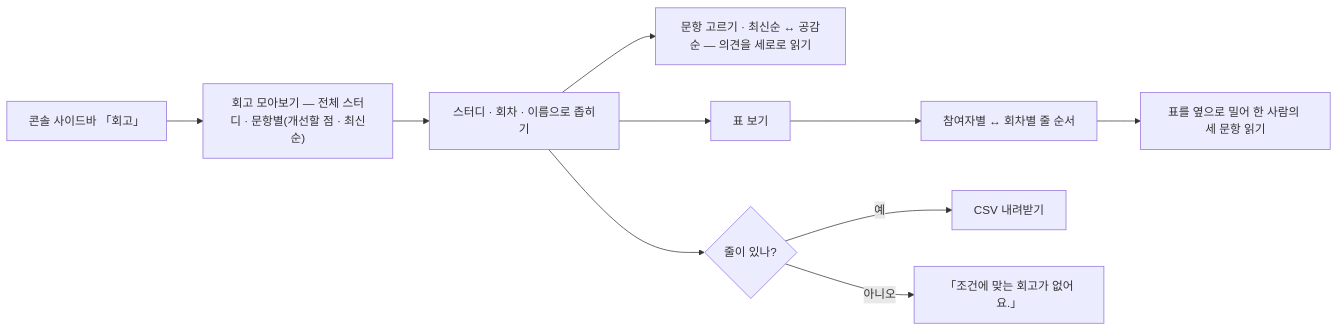
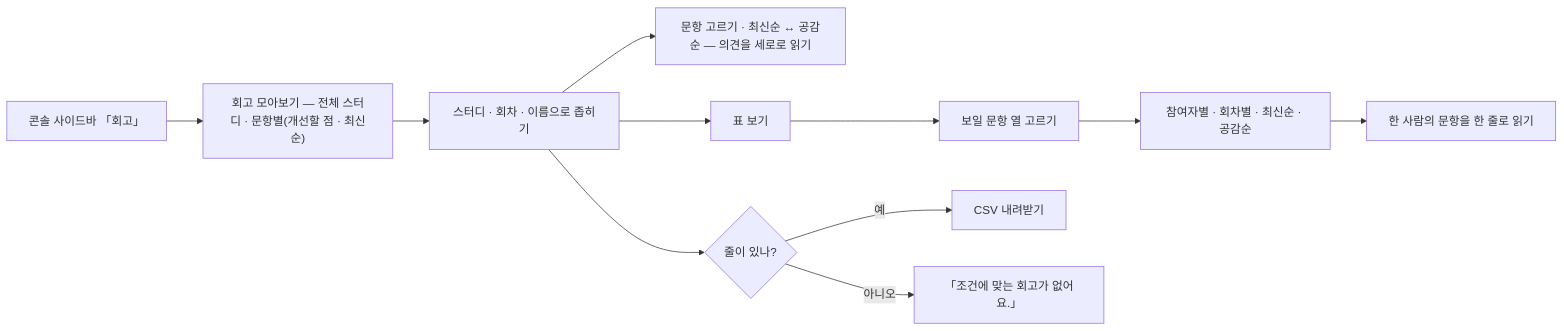
The diagram in 01-planning/stories/captain-collect-meeting-retros/PRD.md (StudyClub-PlusPlus/studyclub-engineering), drawn with Mermaid before and after one commit. The commit also changed other lines of this file and 3 other files, not shown here.

First line of the commit message:
feat(playground): 회고 모아보기 표 — 보일 문항 열 켜고 끄기 · 최신순 · 공감순 추가

````diff
--- a/01-planning/stories/captain-collect-meeting-retros/PRD.md
+++ b/01-planning/stories/captain-collect-meeting-retros/PRD.md
@@ -11,12 +11,13 @@
 ```mermaid
 flowchart LR
   A["콘솔 사이드바 「회고」"] --> B["회고 모아보기 — 전체 스터디 · 문항별(개선할 점 · 최신순)"]
   B --> C["스터디 · 회차 · 이름으로 좁히기"]
   C --> Q["문항 고르기 · 최신순 ↔ 공감순 — 의견을 세로로 읽기"]
   C --> T["표 보기"]
-  T --> D["참여자별 ↔ 회차별 줄 순서"]
-  D --> E["표를 옆으로 밀어 한 사람의 세 문항 읽기"]
+  T --> K["보일 문항 열 고르기"]
+  K --> D["참여자별 · 회차별 · 최신순 · 공감순"]
+  D --> E["한 사람의 문항을 한 줄로 읽기"]
   C --> F{"줄이 있나?"}
   F -->|예| G["CSV 내려받기"]
   F -->|아니오| H["「조건에 맞는 회고가 없어요.」"]
 ```
````
